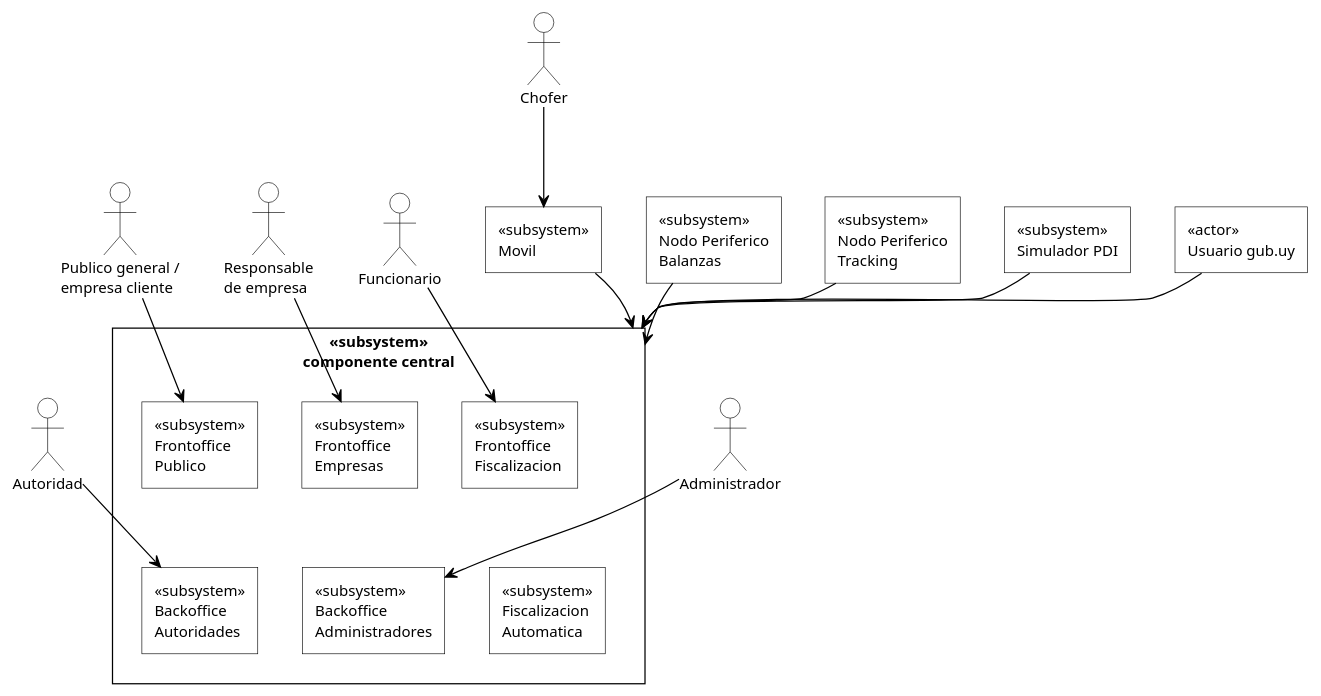
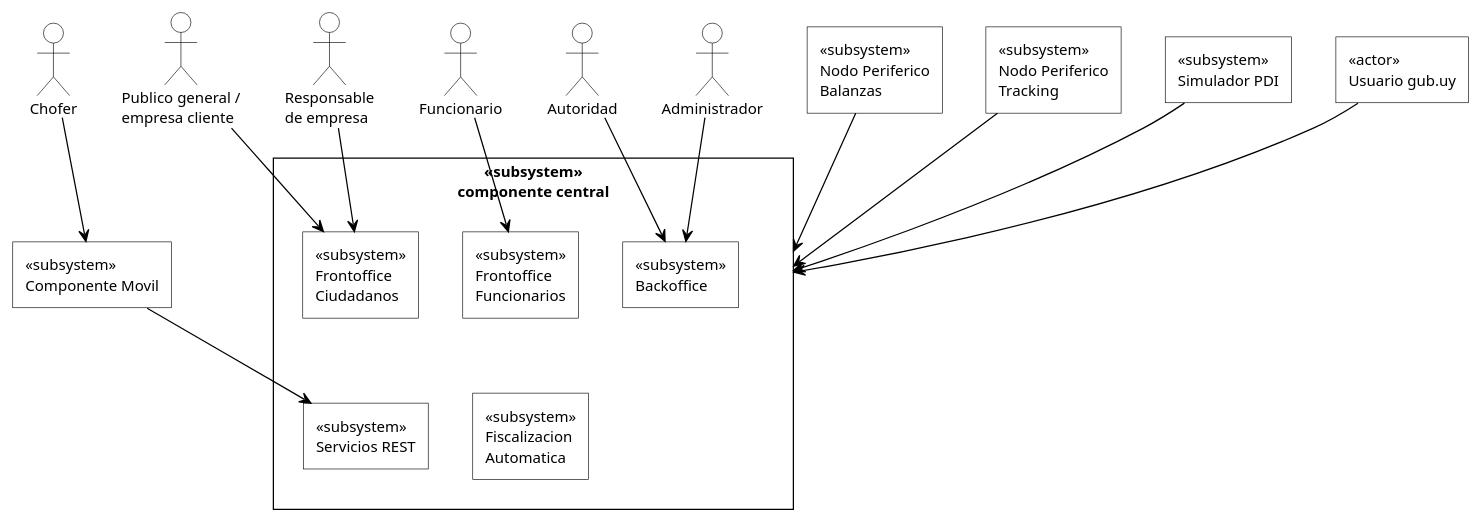
One commit to LucasLazogue/use-cases changed the diagram in vista-logica.puml. Above: the diagram before and after it, drawn with PlantUML. The commit also changed 2 other files, not shown here.

Commit message:
Corrige los subsistemas del central segun la letra
Los subsistemas ahora salen de la Seccion 2 y de los titulos de la
Seccion 3 de la letra, no de una descomposicion inventada:

- Frontoffice Ciudadanos es uno solo: 3.1 se titula Ciudadanos -
  Frontoffice (publico), o sea la parte publica del mismo frontoffice,
  no un subsistema aparte.
- El Backoffice es uno solo. La letra: el backoffice Web es utilizado
  tanto por las autoridades como por los administradores, y las
  funcionalidades disponibles para cada usuario deben estar determinadas
  por su rol. Estaba partido en dos.
- Se agrega Servicios REST, que faltaba: RNF 4.1.2 obliga a que el movil
  se comunique con el central mediante Web Services REST, y es lo que el
  componente movil consume. La flecha del movil apunta ahi y no al
  contenedor.
- Frontoffice Ciudadanos, no Empresas: es el termino de la letra.

```diff
--- a/vista-logica.puml
+++ b/vista-logica.puml
@@ -1,83 +1,87 @@
 @startuml vista-logica
 ' ---------------------------------------------------------------------------
 ' carga.uy - Vista Logica, Arquitectura General del Sistema
 ' Laboratorio TSE 2026 - SAD seccion 6.1 (Figura 4)
 '
-' Sigue la Figura 4 de la plantilla (sad_tse_2025.pdf):
-'   - el componente central contiene los subsistemas funcionales
-'   - los actores y los subsistemas externos apuntan HACIA el central
-'   - sin etiquetas de protocolo: como se comunican es 4.1 y la vista de
-'     distribucion, no esta vista
-'   - sin comunicacion dibujada entre las cajas internas: eso es 6.2-6.4
+' Los subsistemas del componente central salen de la Seccion 2 y de los
+' titulos de la Seccion 3 de la letra:
+'   3.1 Ciudadanos - Frontoffice (publico)  \ un unico Frontoffice Ciudadanos
+'   3.2 Ciudadanos - Frontoffice            /
+'   3.3 Ciudadanos - Componente Movil        -> fuera del central
+'   3.4 Funcionarios - Frontoffice           -> Frontoffice Funcionarios
+'   3.5 Fiscalizacion Automatica             -> Fiscalizacion Automatica
+'   3.6 Autoridades y Administradores -
+'       Backoffice                           -> un unico Backoffice, por rol
+'   RNF 4.1.2: el movil consume Web Services REST del central
 '
-' El broker, la persistencia y la plataforma de observabilidad no aparecen
-' aca: son infraestructura, y van en los refinamientos y en la seccion 7.
+' Como en la Figura 4 de la plantilla: sin etiquetas de protocolo, sin
+' comunicacion entre las cajas internas y sin infraestructura (broker,
+' persistencia y observabilidad van en 6.2-6.4 y en la seccion 7).
 ' ---------------------------------------------------------------------------
 
 skinparam backgroundColor #FFFFFF
 skinparam shadowing false
 skinparam defaultFontName "Segoe UI"
 skinparam defaultFontSize 12
 skinparam roundcorner 0
 skinparam ArrowColor #000000
 skinparam ArrowFontColor #000000
 skinparam rectangle {
   BackgroundColor #FFFFFF
   BorderColor #000000
   FontColor #000000
 }
 skinparam actor {
   BackgroundColor #FFFFFF
   BorderColor #000000
   FontColor #000000
 }
 
 ' =========================== actores ===========================
 actor "Publico general /\nempresa cliente" as PUB
 actor "Responsable\nde empresa" as RESP
-actor "Chofer" as CHOF
 actor "Funcionario" as FUNC
 actor "Autoridad" as AUT
 actor "Administrador" as ADM
+actor "Chofer" as CHOF
 
 ' =========================== componente movil ===========================
-rectangle "<<subsystem>>\nMovil" as MOV
+rectangle "<<subsystem>>\nComponente Movil" as MOV
 
 ' =========================== componente central ===========================
 rectangle "<<subsystem>>\ncomponente central" as CENTRAL {
-  rectangle "<<subsystem>>\nFrontoffice\nPublico" as FOPUB
-  rectangle "<<subsystem>>\nFrontoffice\nEmpresas" as FOEMP
-  rectangle "<<subsystem>>\nFrontoffice\nFiscalizacion" as FOFIS
-  rectangle "<<subsystem>>\nBackoffice\nAutoridades" as BOAUT
-  rectangle "<<subsystem>>\nBackoffice\nAdministradores" as BOADM
+  rectangle "<<subsystem>>\nFrontoffice\nCiudadanos" as FOCIU
+  rectangle "<<subsystem>>\nFrontoffice\nFuncionarios" as FOFUN
+  rectangle "<<subsystem>>\nBackoffice" as BACK
+  rectangle "<<subsystem>>\nServicios REST" as API
   rectangle "<<subsystem>>\nFiscalizacion\nAutomatica" as FISCA
 }
 
-' =========================== subsistemas externos ===========================
+' =========================== subsistemas perifericos ===========================
 rectangle "<<subsystem>>\nNodo Periferico\nBalanzas" as NBAL
 rectangle "<<subsystem>>\nNodo Periferico\nTracking" as NTRK
 rectangle "<<subsystem>>\nSimulador PDI" as SPDI
 rectangle "<<actor>>\nUsuario gub.uy" as GUB
 
-' grilla 3x2 dentro del central, como en la Figura 4
-FOPUB -[hidden]right- FOEMP
-FOEMP -[hidden]right- FOFIS
-FOPUB -[hidden]down- BOAUT
-BOAUT -[hidden]right- BOADM
-BOADM -[hidden]right- FISCA
+' grilla dentro del central
+FOCIU -[hidden]right- FOFUN
+FOFUN -[hidden]right- BACK
+FOCIU -[hidden]down- API
+API -[hidden]right- FISCA
 
 ' =========================== asociaciones ===========================
-PUB --> FOPUB
-RESP --> FOEMP
-FUNC --> FOFIS
-AUT --> BOAUT
-ADM --> BOADM
+PUB --> FOCIU
+RESP --> FOCIU
+FUNC --> FOFUN
+AUT --> BACK
+ADM --> BACK
 CHOF --> MOV
 
-MOV --> CENTRAL
+MOV --> API
+
 NBAL --> CENTRAL
 NTRK --> CENTRAL
 SPDI --> CENTRAL
 GUB --> CENTRAL
 
 @enduml
```
